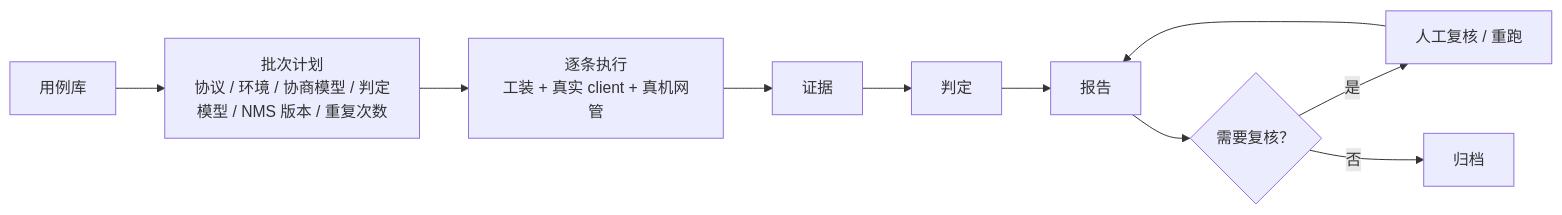
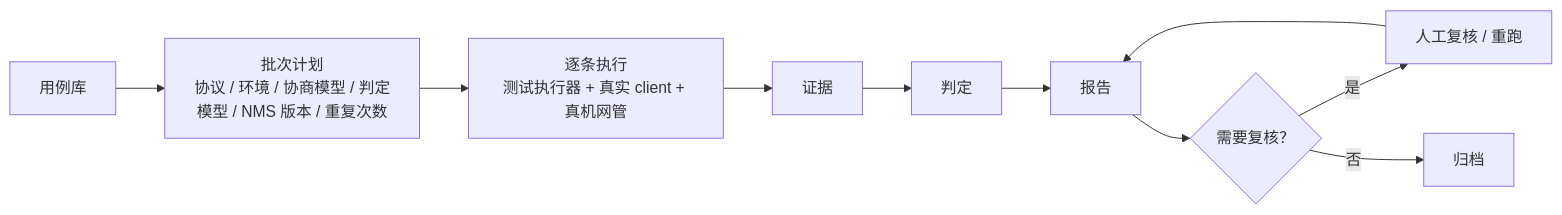
The ninth of 11 diagrams in a2a-t-sample/ran-energy-saving/TESTER-ARCHITECTURE.md (project-openan/a2a-t-sdk-python), drawn with Mermaid before and after one commit. The commit also changed other lines of this file, not shown here.

Commit message:
docs(ran-energy-saving): define accepted and split create and modify timelines

````diff
--- a/a2a-t-sample/ran-energy-saving/TESTER-ARCHITECTURE.md
+++ b/a2a-t-sample/ran-energy-saving/TESTER-ARCHITECTURE.md
@@ -320,12 +360,12 @@
 ```mermaid
 flowchart LR
   C["用例库"] --> B["批次计划<br/>协议 / 环境 / 协商模型 / 判定模型 / NMS 版本 / 重复次数"]
-  B --> R["逐条执行<br/>工装 + 真实 client + 真机网管"]
+  B --> R["逐条执行<br/>测试执行器 + 真实 client + 真机网管"]
   R --> E["证据"]
   E --> J["判定"]
   J --> P["报告"]
   P --> V{"需要复核？"}
   V -- 是 --> H["人工复核 / 重跑"]
   V -- 否 --> Z["归档"]
   H --> P
 ```
````
